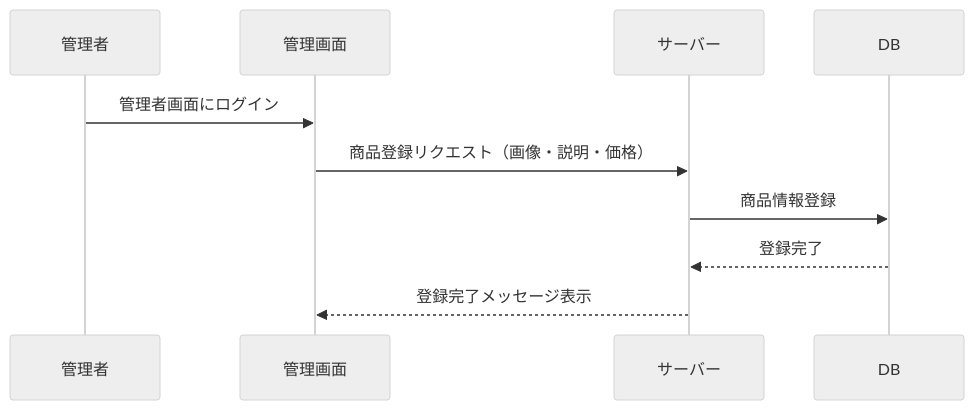
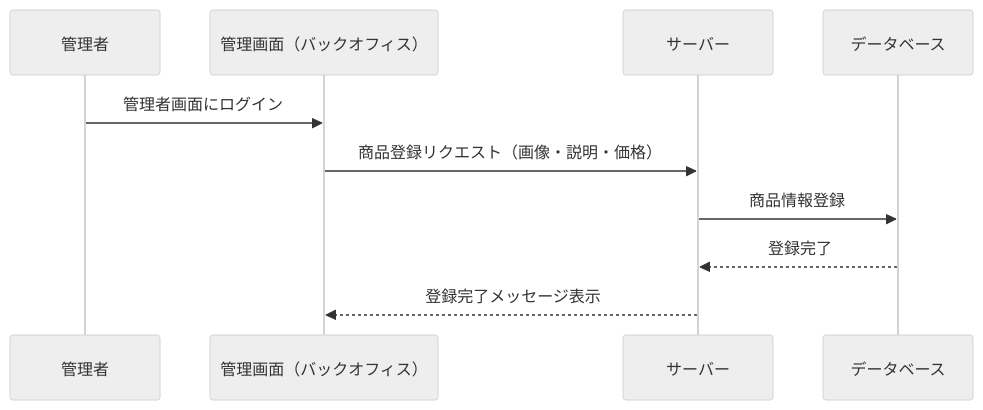
The third of 7 diagrams in 基本設計/基本設計.md (Hinako-Kimura127/neko), drawn with Mermaid (neutral theme) before and after one commit. The commit also changed other lines of this file, not shown here.

````diff
--- a/基本設計/基本設計.md
+++ b/基本設計/基本設計.md
@@ -234,8 +199,16 @@
-<div class="mermaid"> 
-sequenceDiagram 
-管理者 ->> 管理画面: 管理者画面にログイン
-管理画面 ->> サーバー: 商品登録リクエスト（画像・説明・価格）
-サーバー ->> DB: 商品情報登録
-DB -->> サーバー: 登録完了
-サーバー -->> 管理画面: 登録完了メッセージ表示
-</div>
+```mermaid 
+sequenceDiagram  
+
+participant 管理者 as 管理者  
+participant 管理画面 as 管理画面（バックオフィス）  
+participant サーバー as サーバー  
+participant DB as データベース 
+ 
+
+管理者 ->> 管理画面: 管理者画面にログイン 
+管理画面 ->> サーバー: 商品登録リクエスト（画像・説明・価格） 
+サーバー ->> DB: 商品情報登録 
+DB -->> サーバー: 登録完了 
+サーバー -->> 管理画面: 登録完了メッセージ表示 
+
+``` 
````
